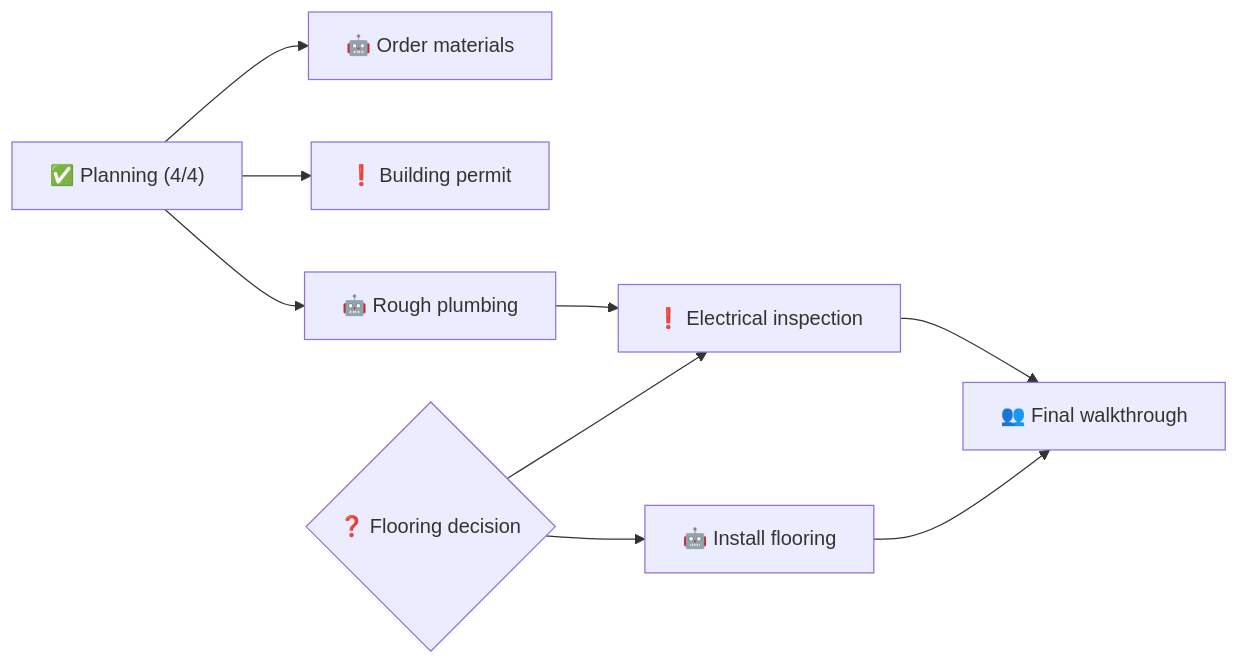
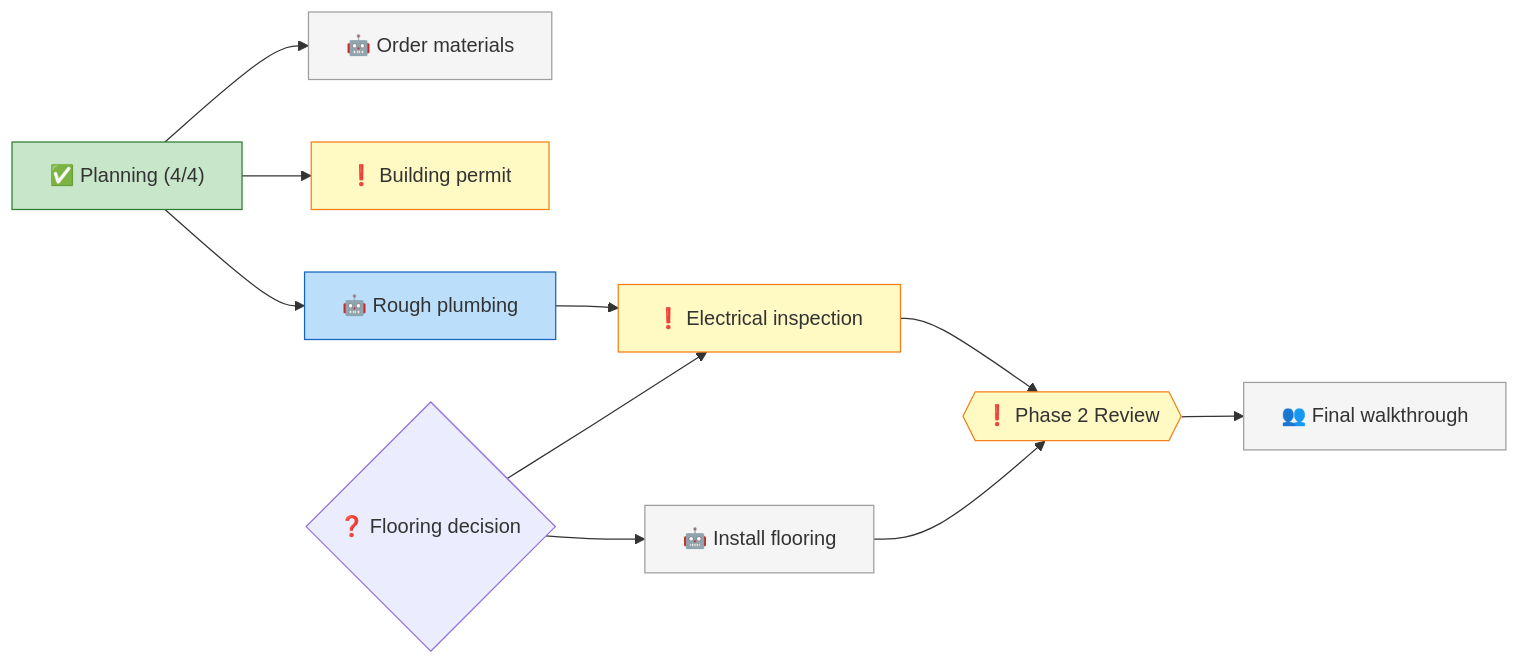
The diagram in .claude/dashboard.md (erikemilsson/claude_code_environment), drawn with Mermaid before and after one commit. The commit also changed 27 other files, not shown here.

````diff
--- a/.claude/dashboard.md
+++ b/.claude/dashboard.md
@@ -89,13 +89,23 @@
 ```mermaid
 graph LR
     P1["✅ Planning (4/4)"]
     P1 --> T6["🤖 Order materials"]
     P1 --> T8["❗ Building permit"]
     P1 --> T9["🤖 Rough plumbing"]
     DEC002{"❓ Flooring decision"}
     T9 --> T10["❗ Electrical inspection"]
     DEC002 --> T10
     DEC002 --> T11["🤖 Install flooring"]
-    T10 --> T12["👥 Final walkthrough"]
-    T11 --> T12
+    T10 --> GATE{{"❗ Phase 2 Review"}}
+    T11 --> GATE
+    GATE --> T12["👥 Final walkthrough"]
+
+    classDef done fill:#c8e6c9,stroke:#2e7d32
+    classDef active fill:#bbdefb,stroke:#1565c0
+    classDef human fill:#fff9c4,stroke:#f57f17
+    classDef blocked fill:#f5f5f5,stroke:#9e9e9e
+    class P1 done
+    class T9 active
+    class T8,T10,GATE human
+    class T6,T11,T12 blocked
 ```
````
